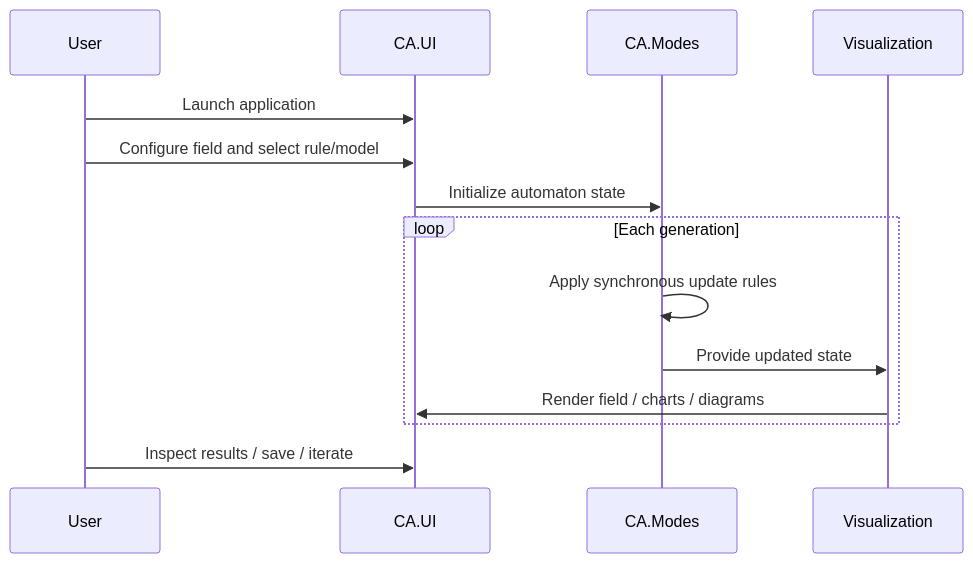
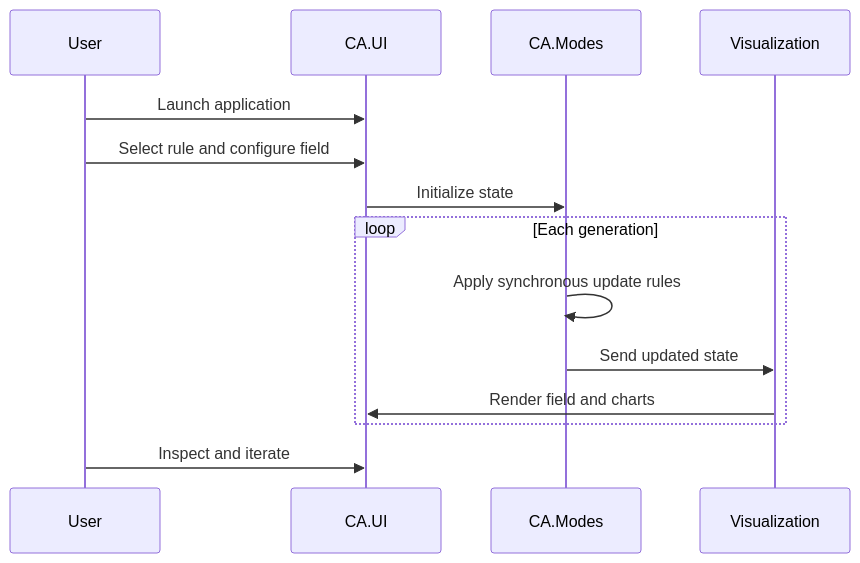
Before and after one commit to SamShekhovtsov/camachineresearch: the second of 2 diagrams in README.md, drawn with Mermaid. The commit also changed other lines of this file, not shown here.

````diff
--- a/README.md
+++ b/README.md
@@ -223,17 +177,17 @@
 ```mermaid
 sequenceDiagram
     participant U as User
     participant UI as CA.UI
     participant M as CA.Modes
     participant V as Visualization
 
     U->>UI: Launch application
-    U->>UI: Configure field and select rule/model
-    UI->>M: Initialize automaton state
+    U->>UI: Select rule and configure field
+    UI->>M: Initialize state
     loop Each generation
         M->>M: Apply synchronous update rules
-        M->>V: Provide updated state
-        V->>UI: Render field / charts / diagrams
+        M->>V: Send updated state
+        V->>UI: Render field and charts
     end
-    U->>UI: Inspect results / save / iterate
+    U->>UI: Inspect and iterate
 ```
````
